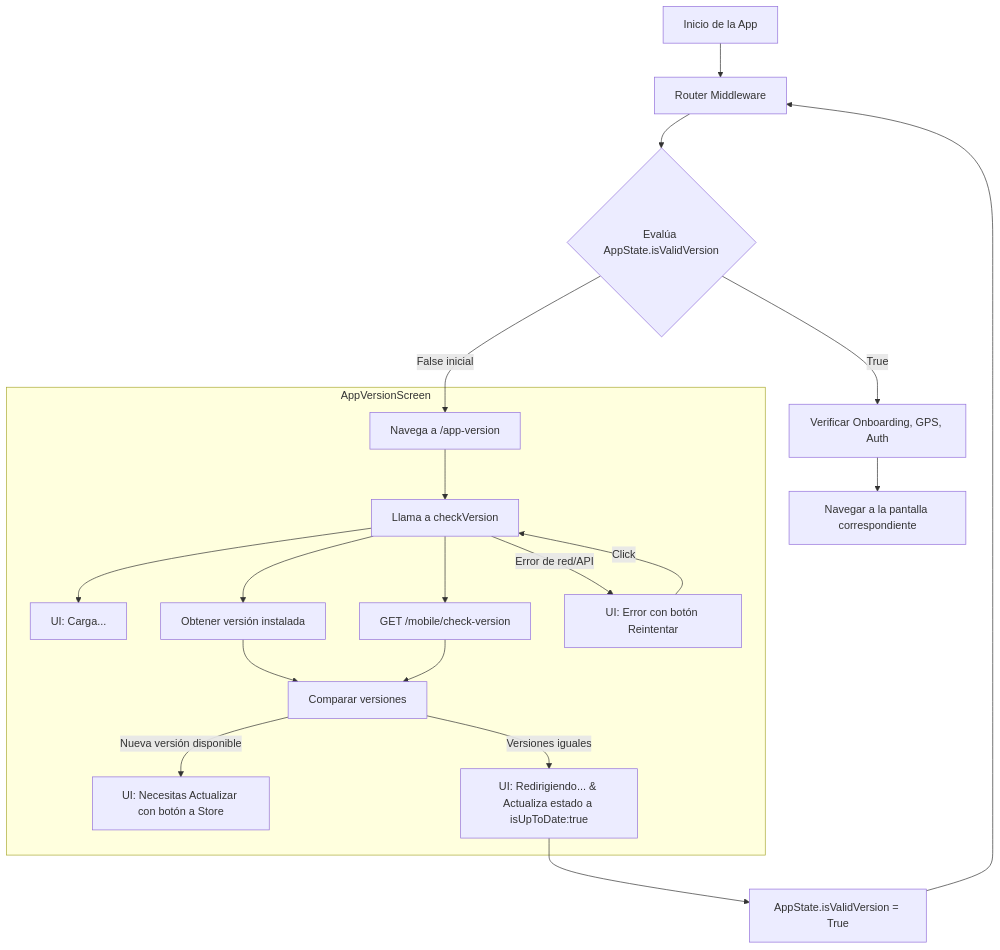
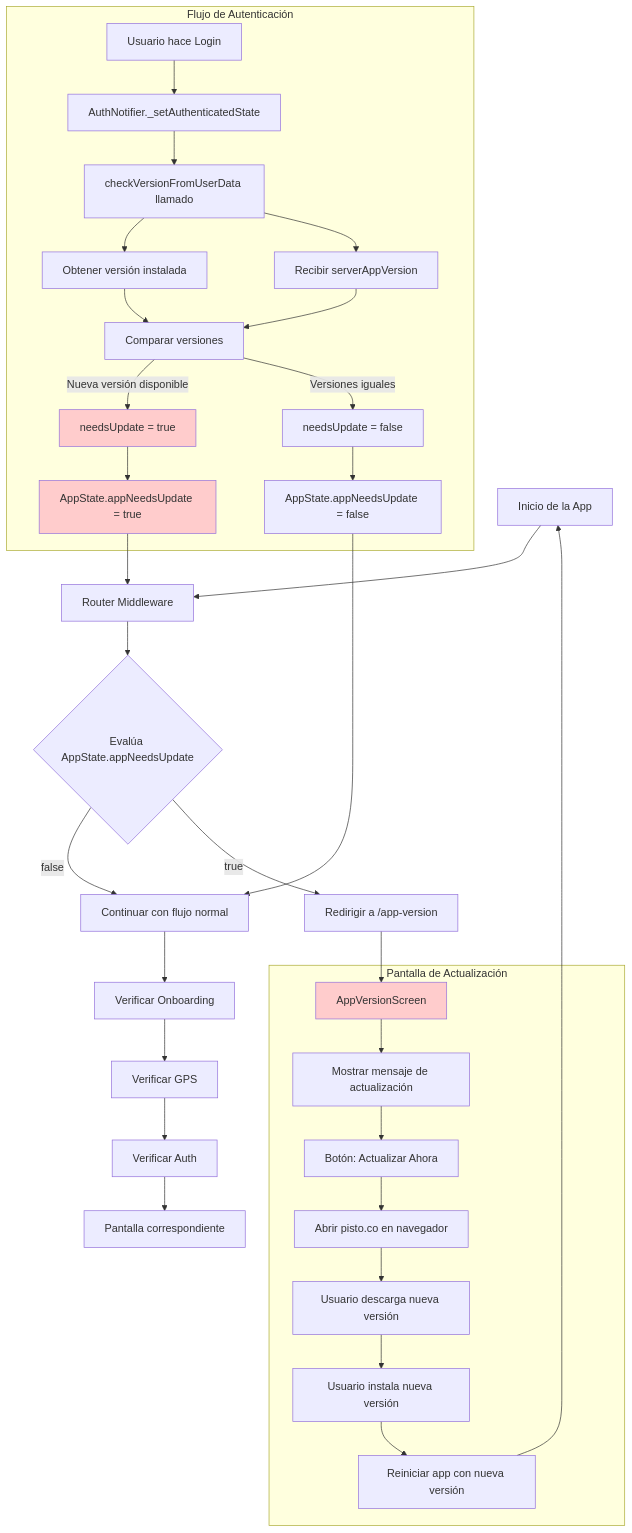
Before and after one commit to jersonmr/pisto-docs: the diagram in src/content/docs/verificacion-de-version/index.mdx, drawn with Mermaid. The commit also changed other lines of this file and 5 other files, not shown here.

Commit message:
Actualiza la configuración de Starlight y la documentación de verificación de versión; elimina guías de ejemplo y agrega logo de Pisto.

````diff
--- a/src/content/docs/verificacion-de-version/index.mdx
+++ b/src/content/docs/verificacion-de-version/index.mdx
@@ -119,27 +147,45 @@
 ```mermaid
 graph TD
     A[Inicio de la App] --> B[Router Middleware]
-    B --> C{Evalúa AppState.isValidVersion}
+    B --> C{Evalúa AppState.appNeedsUpdate}
 
-    C -->|False inicial| D[Navega a /app-version]
+    C -->|false| D[Continuar con flujo normal]
+    C -->|true| E[Redirigir a /app-version]
 
-    subgraph AppVersionScreen ["AppVersionScreen"]
-        D --> E[Llama a checkVersion]
-        E --> F[UI: Carga...]
-        E --> G[Obtener versión instalada]
-        E --> H[GET /mobile/check-version]
-        G --> I[Comparar versiones]
-        H --> I
+    E --> F[AppVersionScreen]
 
-        I -->|Nueva versión disponible| J[UI: Necesitas Actualizar con botón a Store]
-        I -->|Versiones iguales| K[UI: Redirigiendo... & Actualiza estado a isUpToDate:true]
-        E -->|Error de red/API| L[UI: Error con botón Reintentar]
-        L -->|Click| E
+    subgraph AppVersionScreen ["Pantalla de Actualización"]
+        F --> G[Mostrar mensaje de actualización]
+        G --> H[Botón: Actualizar Ahora]
+        H --> I[Abrir pisto.co en navegador]
+        I --> J[Usuario descarga nueva versión]
+        J --> K[Usuario instala nueva versión]
+        K --> L[Reiniciar app con nueva versión]
     end
 
-    K --> M[AppState.isValidVersion = True]
-    M --> B
+    subgraph AuthFlow ["Flujo de Autenticación"]
+        M[Usuario hace Login] --> N[AuthNotifier._setAuthenticatedState]
+        N --> O[checkVersionFromUserData llamado]
+        O --> P[Obtener versión instalada]
+        O --> Q[Recibir serverAppVersion]
+        P --> R[Comparar versiones]
+        Q --> R
+        R -->|Nueva versión disponible| S[needsUpdate = true]
+        R -->|Versiones iguales| T[needsUpdate = false]
+        S --> U[AppState.appNeedsUpdate = true]
+        T --> V[AppState.appNeedsUpdate = false]
+    end
 
-    C -->|True| N[Verificar Onboarding, GPS, Auth]
-    N --> O[Navegar a la pantalla correspondiente]
+    U --> B
+    V --> D
+    L --> A
+
+    D --> W[Verificar Onboarding]
+    W --> X[Verificar GPS]
+    X --> Y[Verificar Auth]
+    Y --> Z[Pantalla correspondiente]
+
+    style F fill:#ffcccc
+    style S fill:#ffcccc
+    style U fill:#ffcccc
 ```
````
